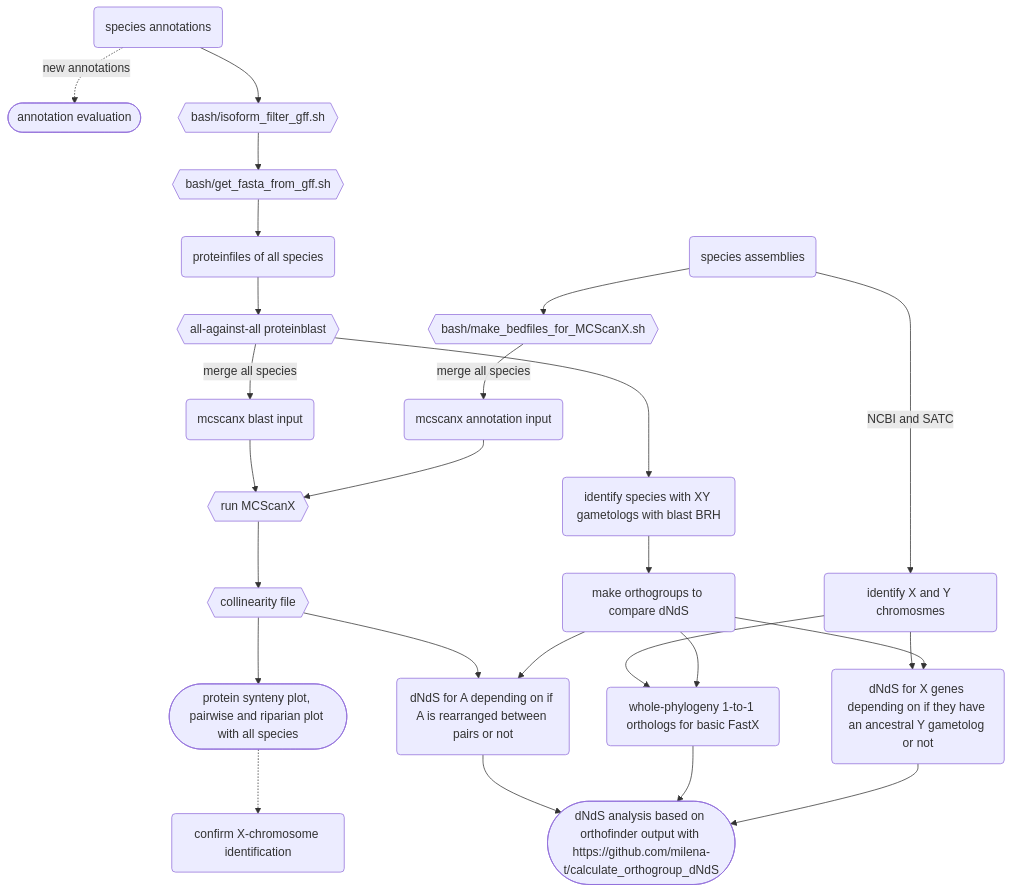
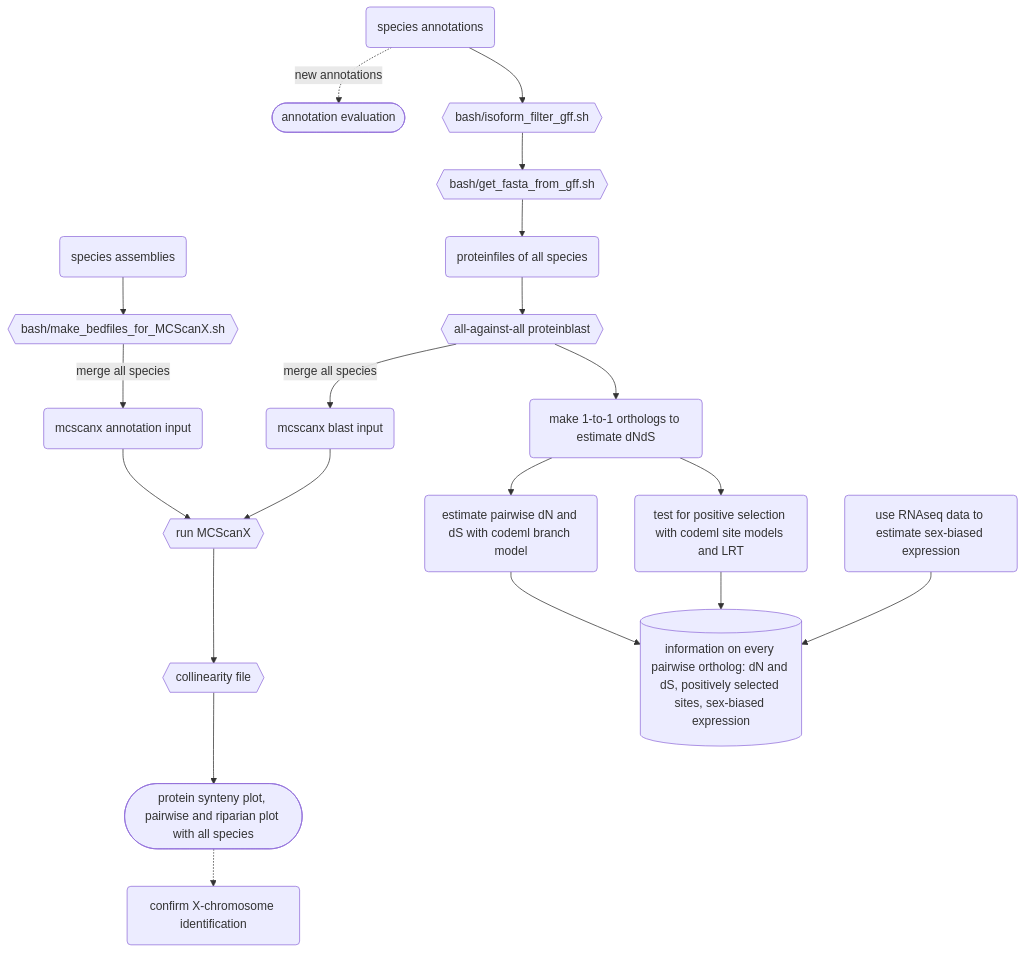
One commit to milena-t/PhD_chapter3 changed the diagram in README.md. Above: the diagram before and after it, drawn with Mermaid. The commit also changed other lines of this file and 1 other file, not shown here.

Commit message:
update workflow

````diff
--- a/README.md
+++ b/README.md
@@ -152,44 +152,31 @@
 ```mermaid
 graph TD;
     species_Ass(species assemblies);
     species_Ass --> simplified_bed{{bash/make_bedfiles_for_MCScanX.sh}};
     simplified_bed -- merge all species --> mcscanx_bed(mcscanx annotation input);
     
     species_Ann(species annotations);
     species_Ann -. new annotations .-> BUSCO([annotation evaluation]);
     species_Ann --> is_filter{{bash/isoform_filter_gff.sh}};
     is_filter --> get_prot{{bash/get_fasta_from_gff.sh}};
     get_prot --> protfiles(proteinfiles of all species);
     protfiles --> blast{{all-against-all proteinblast}};
     blast -- merge all species --> mcscanx_blast(mcscanx blast input);
-    
 
     mcscanx_bed --> run_mcscanx{{run MCScanX}};
     mcscanx_blast --> run_mcscanx
     run_mcscanx --> mcscanx_out{{collinearity file}}
     mcscanx_out --> mcscanx_plot([protein synteny plot, pairwise and riparian plot with all species])
     mcscanx_plot .-> conf_X(confirm X-chromosome identification)
+    
+    blast --> dNdS_groups(make 1-to-1 orthologs to estimate dNdS);
 
-    species_Ass -- NCBI and SATC --> XY_chr(identify X and Y chromosmes);
+    dNdS_groups --> basicFastX(estimate pairwise dN and dS with codeml branch model);
+    dNdS_groups --> posSel(test for positive selection with codeml site models and LRT);
+    sexbias(use RNAseq data to estimate sex-biased expression)
+
+    basicFastX --> summary[(information on every pairwise ortholog: dN and dS, positively selected sites, sex-biased expression)]
+    posSel --> summary
+    sexbias --> summary
     
-    blast --> XY_paralogs(identify species with XY gametologs with blast BRH);
-    dNdS_groups(make orthogroups to compare dNdS);
-    XY_paralogs --> dNdS_groups;
-
-    rearrangeA(dNdS for A depending on if A is rearranged between pairs or not)
-    basicFastX(whole-phylogeny 1-to-1 orthologs for basic FastX);
-    gametologs(dNdS for X genes depending on if they have an ancestral Y gametolog or not);
-
-    dNdS_groups --> gametologs;
-    dNdS_groups --> basicFastX;
-    dNdS_groups --> rearrangeA;
-    XY_chr --> gametologs
-    XY_chr --> basicFastX
-    mcscanx_out --> rearrangeA
-
-    OG_dNdS([dNdS analysis based on orthofinder output with https://github.com/milena-t/calculate_orthogroup_dNdS])
-    gametologs --> OG_dNdS
-    basicFastX --> OG_dNdS
-    rearrangeA --> OG_dNdS
-
 ```   
````
